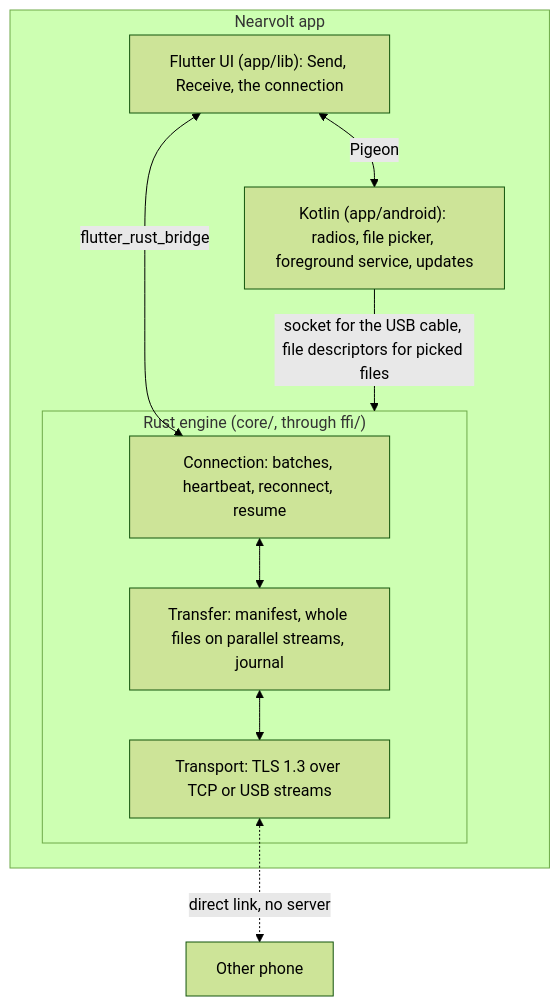
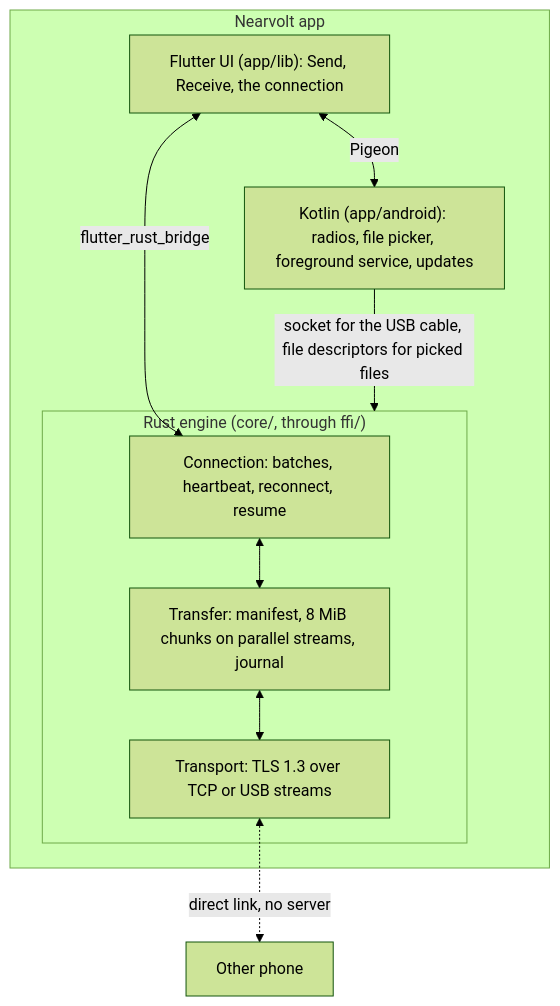
Before and after one commit to vishalpa8/Nearvolt: the first of 3 diagrams in docs/architecture.md, drawn with Mermaid (forest theme). The commit also changed other lines of this file and 11 other files, not shown here.

````diff
--- a/docs/architecture.md
+++ b/docs/architecture.md
@@ -18,18 +18,18 @@
 ```mermaid
 flowchart TB
     subgraph App["Nearvolt app"]
         UI["Flutter UI (app/lib): Send, Receive, the connection"]
         subgraph Core["Rust engine (core/, through ffi/)"]
             Session["Connection: batches, heartbeat, reconnect, resume"]
-            Engine["Transfer: manifest, whole files on parallel streams, journal"]
+            Engine["Transfer: manifest, 8 MiB chunks on parallel streams, journal"]
             Transport["Transport: TLS 1.3 over TCP or USB streams"]
         end
         Platform["Kotlin (app/android): radios, file picker, foreground service, updates"]
     end
     UI <-->|flutter_rust_bridge| Session
     UI <-->|Pigeon| Platform
     Session <--> Engine
     Engine <--> Transport
     Platform -->|"socket for the USB cable, file descriptors for picked files"| Core
     Transport <-.->|"direct link, no server"| Other["Other phone"]
 ```
````
